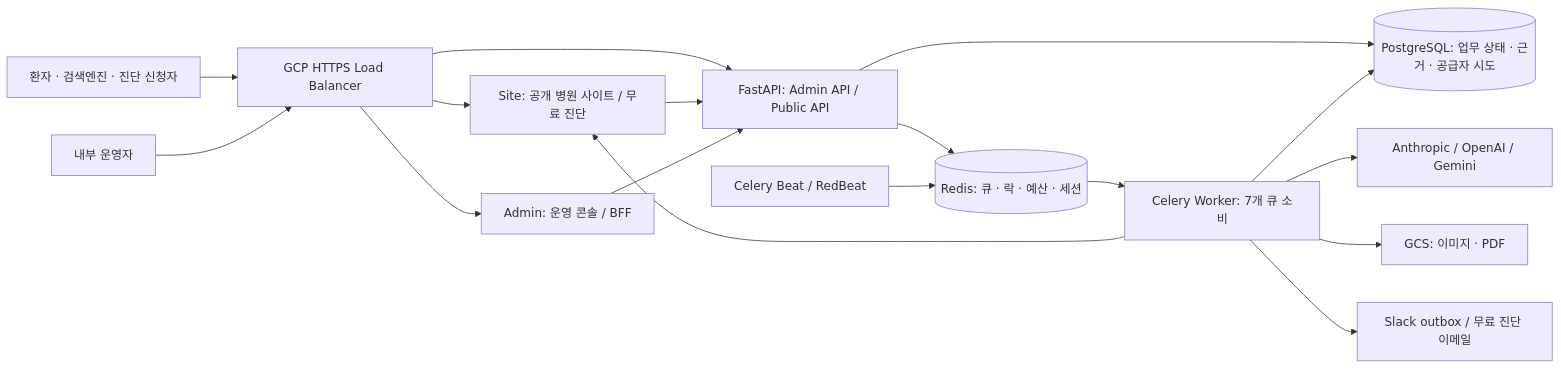
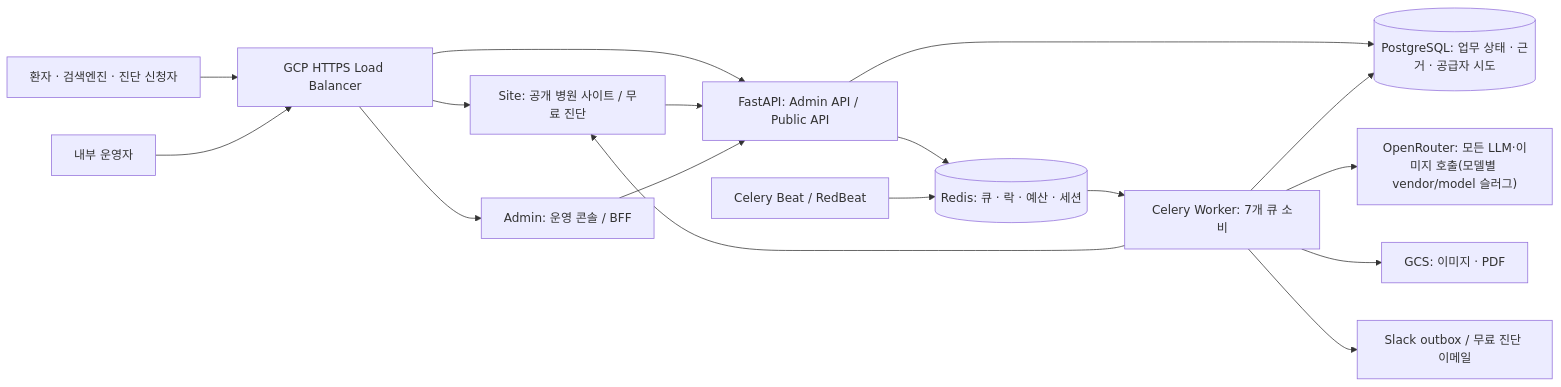
One commit to wjlee930501/reputation changed the first of 2 diagrams in docs/architecture/system-map.md. Above: the diagram before and after it, drawn with Mermaid. The commit also changed other lines of this file and 67 other files, not shown here.

````diff
--- a/docs/architecture/system-map.md
+++ b/docs/architecture/system-map.md
@@ -15,19 +15,19 @@
 ```mermaid
 flowchart LR
   Visitor["환자 · 검색엔진 · 진단 신청자"] --> LB["GCP HTTPS Load Balancer"]
   AE["내부 운영자"] --> LB
   LB --> Site["Site: 공개 병원 사이트 / 무료 진단"]
   LB --> Admin["Admin: 운영 콘솔 / BFF"]
   LB --> API["FastAPI: Admin API / Public API"]
   Site --> API
   Admin --> API
   API --> DB[("PostgreSQL: 업무 상태 · 근거 · 공급자 시도")]
   API --> Redis[("Redis: 큐 · 락 · 예산 · 세션")]
   Beat["Celery Beat / RedBeat"] --> Redis
   Redis --> Worker["Celery Worker: 7개 큐 소비"]
   Worker --> DB
-  Worker --> Providers["Anthropic / OpenAI / Gemini"]
+  Worker --> Providers["OpenRouter: 모든 LLM·이미지 호출(모델별 vendor/model 슬러그)"]
   Worker --> GCS["GCS: 이미지 · PDF"]
   Worker --> Site
   Worker --> Notify["Slack outbox / 무료 진단 이메일"]
 ```
````
